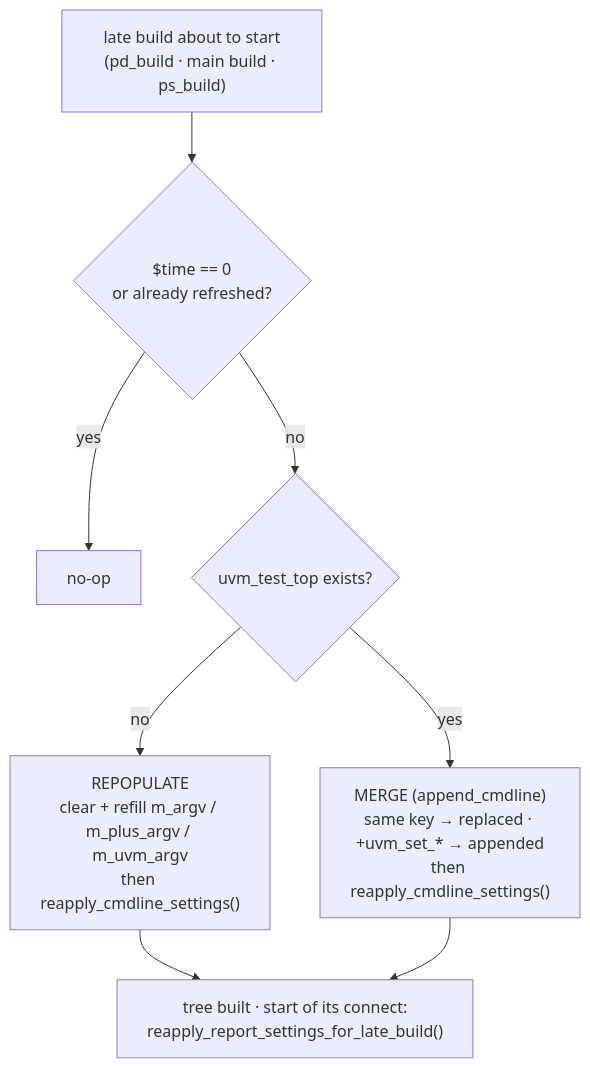
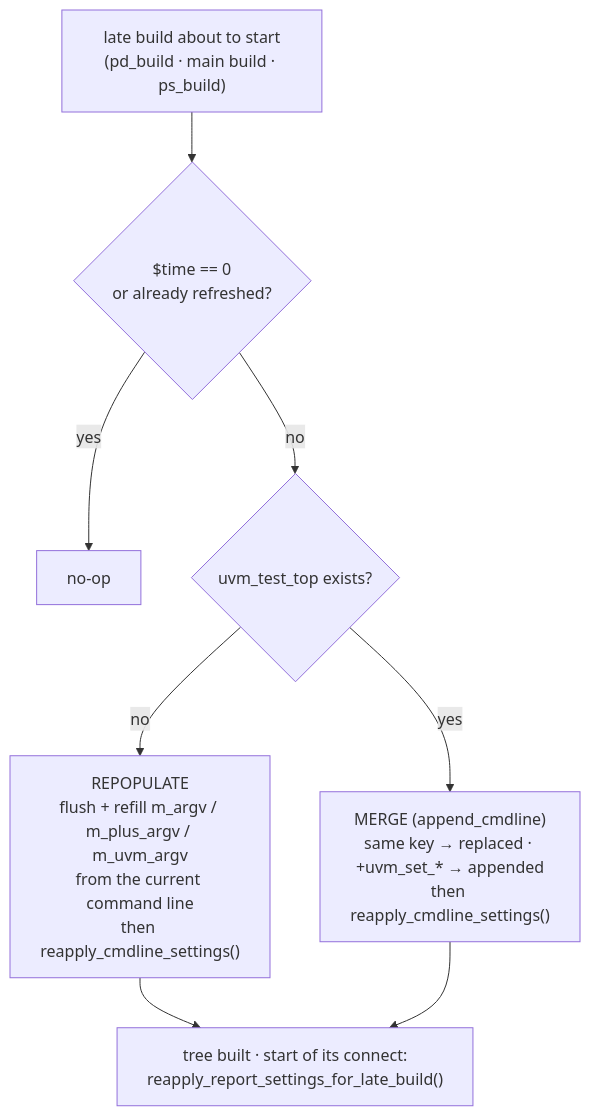
Before and after one commit to nmoradiya1991/nv_sim_restore: the diagram in doc/cmdline_reprocessing.md, drawn with Mermaid. The commit also changed other lines of this file and 15 other files, not shown here.

````diff
--- a/doc/cmdline_reprocessing.md
+++ b/doc/cmdline_reprocessing.md
@@ -9,10 +14,10 @@
 ```mermaid
 flowchart TD
     A["late build about to start<br/>(pd_build · main build · ps_build)"] --> B{"$time == 0<br/>or already refreshed?"}
     B -- yes --> N["no-op"]
     B -- no --> C{"uvm_test_top exists?"}
-    C -- no --> R["REPOPULATE<br/>clear + refill m_argv / m_plus_argv / m_uvm_argv<br/>then reapply_cmdline_settings()"]
+    C -- no --> R["REPOPULATE<br/>flush + refill m_argv / m_plus_argv / m_uvm_argv<br/>from the current command line<br/>then reapply_cmdline_settings()"]
     C -- yes --> M["MERGE (append_cmdline)<br/>same key → replaced · +uvm_set_* → appended<br/>then reapply_cmdline_settings()"]
     R --> T["tree built · start of its connect:<br/>reapply_report_settings_for_late_build()"]
     M --> T
 ```
````
